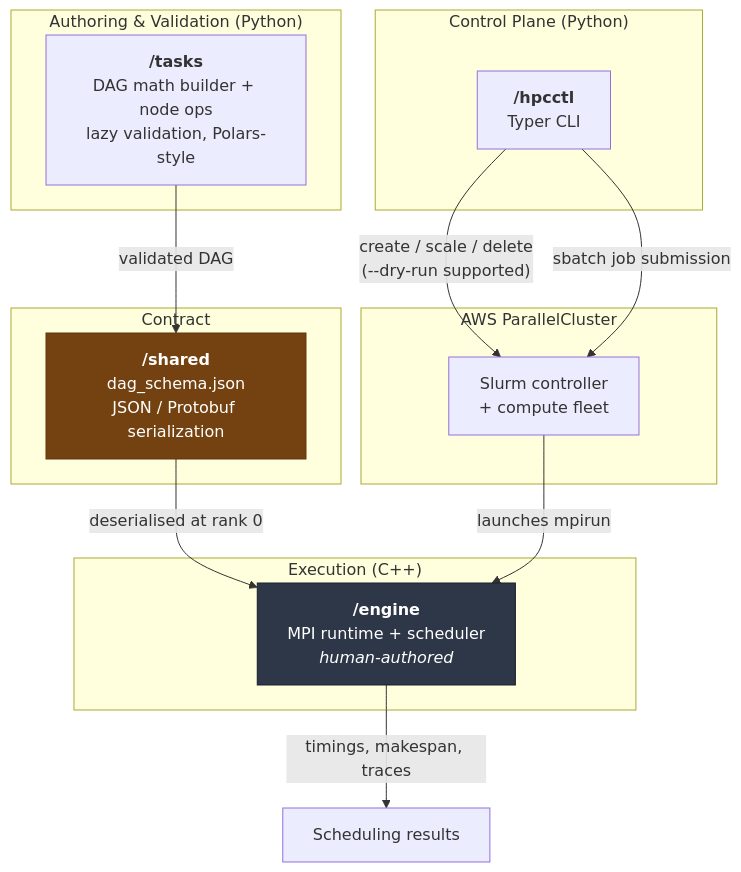
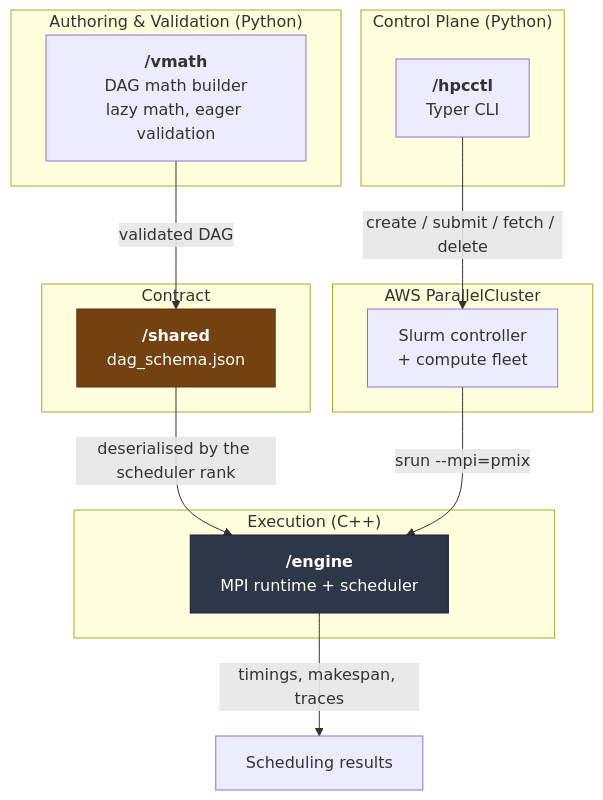
One commit to BooleanCube/hpc-dag-scheduling changed the diagram in README.md. Above: the diagram before and after it, drawn with Mermaid. The commit also changed other lines of this file and 128 other files, not shown here.

````diff
--- a/README.md
+++ b/README.md
@@ -35,32 +46,27 @@
 ```mermaid
 flowchart TB
     subgraph authoring["Authoring & Validation (Python)"]
-        T["<b>/tasks</b><br/>DAG math builder + node ops<br/>lazy validation, Polars-style"]
+        T["<b>/vmath</b><br/>DAG math builder<br/>lazy math, eager validation"]
     end
-
     subgraph contract["Contract"]
-        S["<b>/shared</b><br/>dag_schema.json<br/>JSON / Protobuf serialization"]
+        S["<b>/shared</b><br/>dag_schema.json"]
     end
-
     subgraph runtime["Execution (C++)"]
-        E["<b>/engine</b><br/>MPI runtime + scheduler<br/><i>human-authored</i>"]
+        E["<b>/engine</b><br/>MPI runtime + scheduler"]
     end
-
     subgraph control["Control Plane (Python)"]
         C["<b>/hpcctl</b><br/>Typer CLI"]
     end
-
     subgraph cloud["AWS ParallelCluster"]
         SL["Slurm controller<br/>+ compute fleet"]
     end
 
     T -- "validated DAG" --> S
-    S -- "deserialised at rank 0" --> E
-    C -- "create / scale / delete<br/>(--dry-run supported)" --> SL
-    C -- "sbatch job submission" --> SL
-    SL -- "launches mpirun" --> E
+    S -- "deserialised by the scheduler rank" --> E
+    C -- "create / submit / fetch / delete" --> SL
+    SL -- "srun --mpi=pmix" --> E
     E -- "timings, makespan, traces" --> R["Scheduling results"]
 
     style E fill:#2d3748,stroke:#1a202c,color:#fff
     style S fill:#744210,stroke:#5f370e,color:#fff
 ```
````
